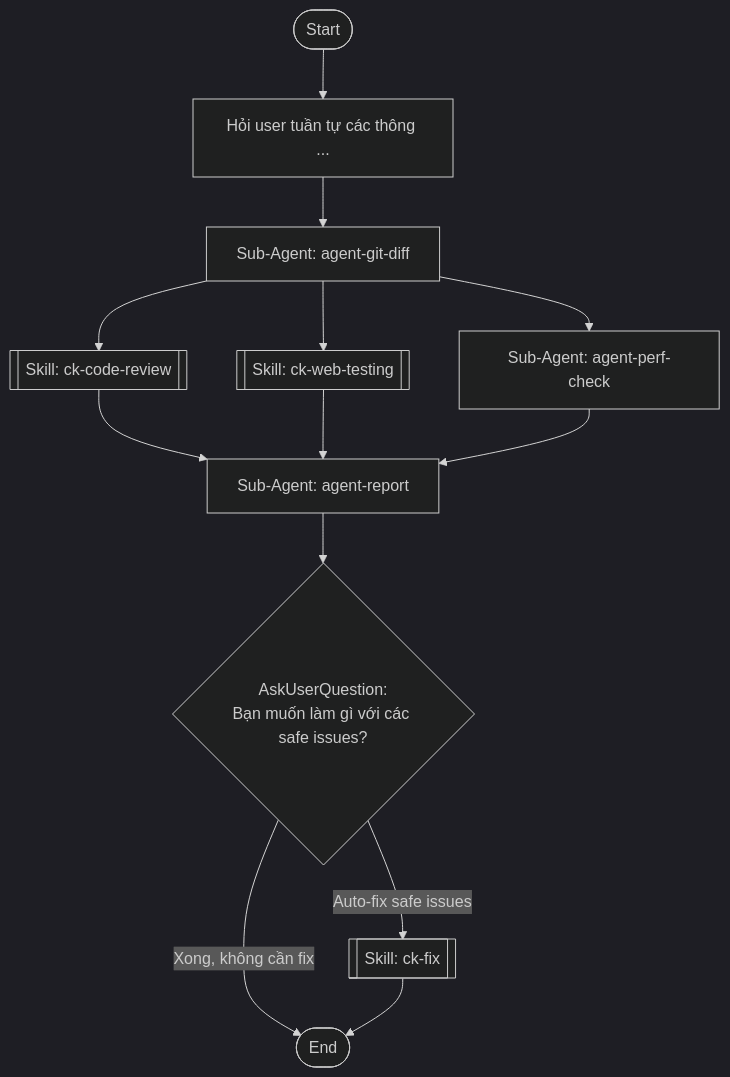
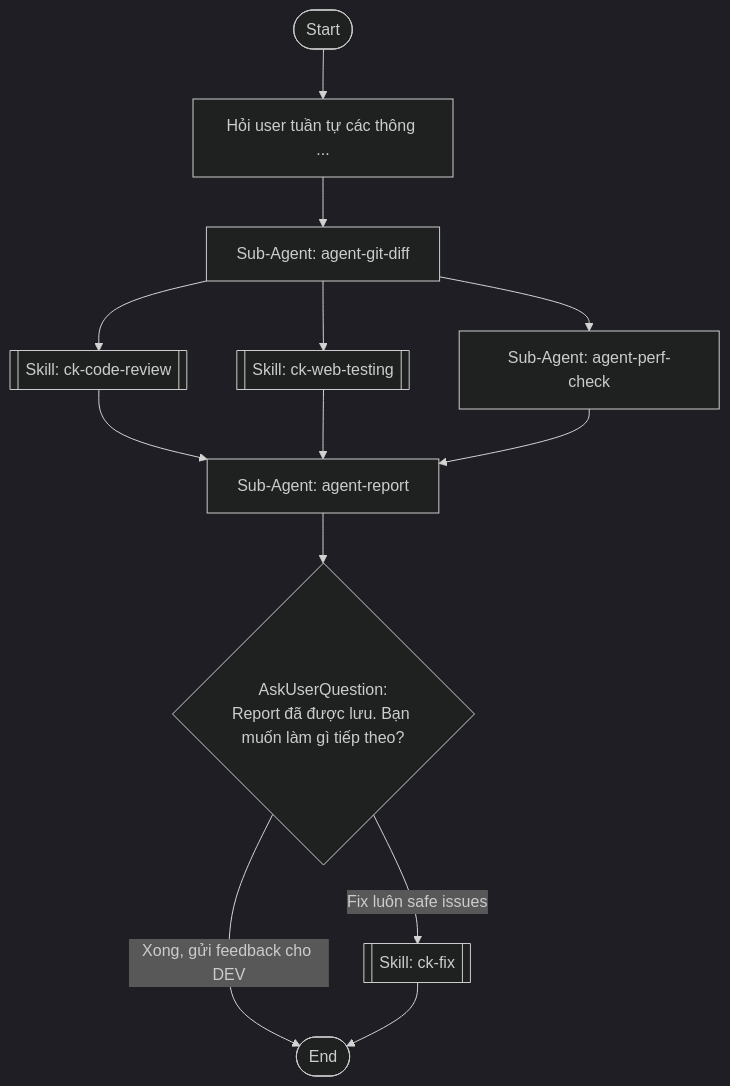
The diagram in .claude/commands/review-fe.md (smit-khoa/template-client-shadcn-vue), drawn with Mermaid (dark theme) before and after one commit. The commit also changed other lines of this file and 5 other files, not shown here.

````diff
--- a/.claude/commands/review-fe.md
+++ b/.claude/commands/review-fe.md
@@ -4,26 +4,26 @@
 ```mermaid
 flowchart TD
     start-node-default([Start])
     prompt-branch-input[Hỏi user tuần tự các thông ...]
     agent-git-diff[Sub-Agent: agent-git-diff]
     skill-code-review[[Skill: ck-code-review]]
     skill-visual-test[[Skill: ck-web-testing]]
     agent-perf-check[Sub-Agent: agent-perf-check]
     agent-report[Sub-Agent: agent-report]
-    ask-fix-action{AskUserQuestion:<br/>Bạn muốn làm gì với các safe issues?}
+    ask-fix-action{AskUserQuestion:<br/>Report đã được lưu. Bạn muốn làm gì tiếp theo?}
     skill-auto-fix[[Skill: ck-fix]]
     end_node_default([End])
 
     start-node-default --> prompt-branch-input
     prompt-branch-input --> agent-git-diff
     agent-git-diff --> skill-code-review
     agent-git-diff --> skill-visual-test
     agent-git-diff --> agent-perf-check
     skill-code-review --> agent-report
     skill-visual-test --> agent-report
     agent-perf-check --> agent-report
+    ask-fix-action -->|Fix luôn safe issues| skill-auto-fix
+    ask-fix-action -->|Xong, gửi feedback cho DEV| end_node_default
+    skill-auto-fix --> end_node_default
     agent-report --> ask-fix-action
-    ask-fix-action -->|Auto-fix safe issues| skill-auto-fix
-    ask-fix-action -->|Xong, không cần fix| end_node_default
-    skill-auto-fix --> end_node_default
 ```
````
